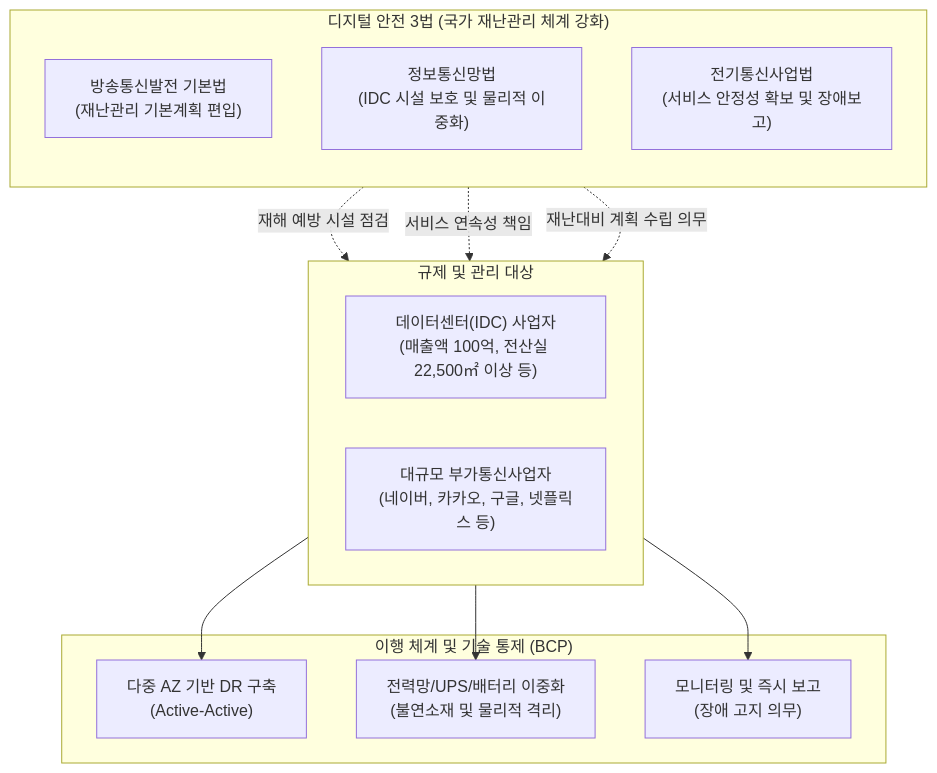
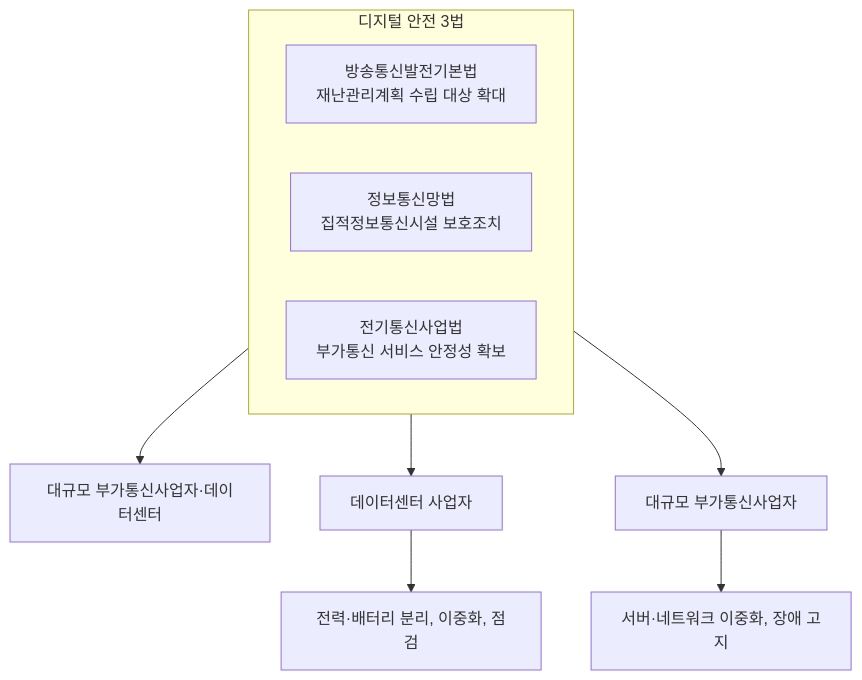
Before and after one commit to supremethumb/supremethumb.github.io: the diagram in content/01_IT Tech/디지털 안전 3법.md, drawn with Mermaid. The commit also changed other lines of this file and 1087 other files, not shown here.

````diff
--- a/content/01_IT Tech/디지털 안전 3법.md
+++ b/content/01_IT Tech/디지털 안전 3법.md
@@ -27,30 +32,14 @@
 ```mermaid
 flowchart TB
-    subgraph Laws["디지털 안전 3법 (국가 재난관리 체계 강화)"]
-        direction TB
-        L1["방송통신발전 기본법<br/>(재난관리 기본계획 편입)"]
-        L2["정보통신망법<br/>(IDC 시설 보호 및 물리적 이중화)"]
-        L3["전기통신사업법<br/>(서비스 안정성 확보 및 장애보고)"]
+    subgraph L["디지털 안전 3법"]
+        direction LR
+        L1["방송통신발전기본법<br/>재난관리계획 수립 대상 확대"]
+        L2["정보통신망법<br/>집적정보통신시설 보호조치"]
+        L3["전기통신사업법<br/>부가통신 서비스 안정성 확보"]
     end
-
-    subgraph Target["규제 및 관리 대상"]
-        direction LR
-        IDC["데이터센터(IDC) 사업자<br/>(매출액 100억, 전산실 22,500㎡ 이상 등)"]
-        VAS["대규모 부가통신사업자<br/>(네이버, 카카오, 구글, 넷플릭스 등)"]
-    end
-
-    subgraph Action["이행 체계 및 기술 통제 (BCP)"]
-        DR["다중 AZ 기반 DR 구축<br/>(Active-Active)"]
-        UPS["전력망/UPS/배터리 이중화<br/>(불연소재 및 물리적 격리)"]
-        Report["모니터링 및 즉시 보고<br/>(장애 고지 의무)"]
-    end
-
-    L1 -. "재난대비 계획 수립 의무" .-> Target
-    L2 -. "재해 예방 시설 점검" .-> IDC
-    L3 -. "서비스 연속성 책임" .-> VAS
-
-    IDC --> UPS
-    VAS --> DR
-    Target --> Report
-
+    L1 --> T["대규모 부가통신사업자·데이터센터"]
+    L2 --> IDC["데이터센터 사업자"]
+    L3 --> VAS["대규모 부가통신사업자"]
+    IDC --> A1["전력·배터리 분리, 이중화, 점검"]
+    VAS --> A2["서버·네트워크 이중화, 장애 고지"]
 ```
````
